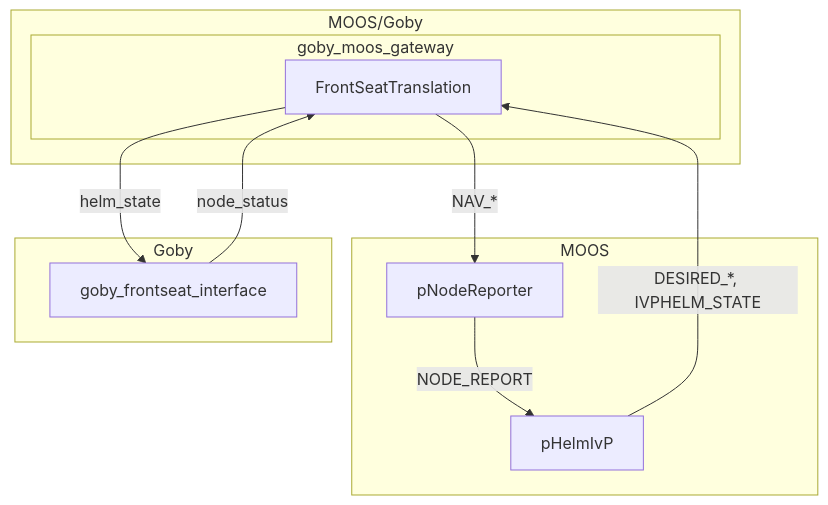
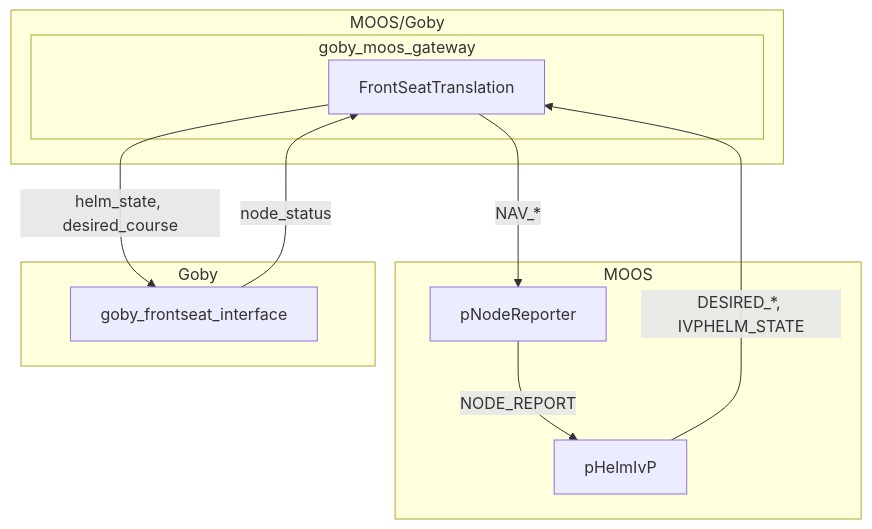
Before and after one commit to limuir/goby3-course: the seventh of 9 diagrams in lectures/day3-autonomy/day3-autonomy_notes.md, drawn with Mermaid. The commit also changed other lines of this file, not shown here.

````diff
--- a/lectures/day3-autonomy/day3-autonomy_notes.md
+++ b/lectures/day3-autonomy/day3-autonomy_notes.md
@@ -385,18 +347,18 @@
 ```mermaid
 flowchart TD
     subgraph MOOS/Goby
     subgraph goby_moos_gateway
     FrontSeatTranslation
     end
     end
     subgraph MOOS
     pHelmIvP[pHelmIvP]
     pHelmIvP -->|DESIRED_*, IVPHELM_STATE| FrontSeatTranslation 
     FrontSeatTranslation -->|NAV_*| pNodeReporter
     pNodeReporter -->|NODE_REPORT| pHelmIvP
     end
     subgraph Goby
     goby_frontseat_interface -->|node_status| FrontSeatTranslation
-    FrontSeatTranslation -->|helm_state| goby_frontseat_interface
+    FrontSeatTranslation -->|helm_state, desired_course| goby_frontseat_interface
     end
 ```
````
